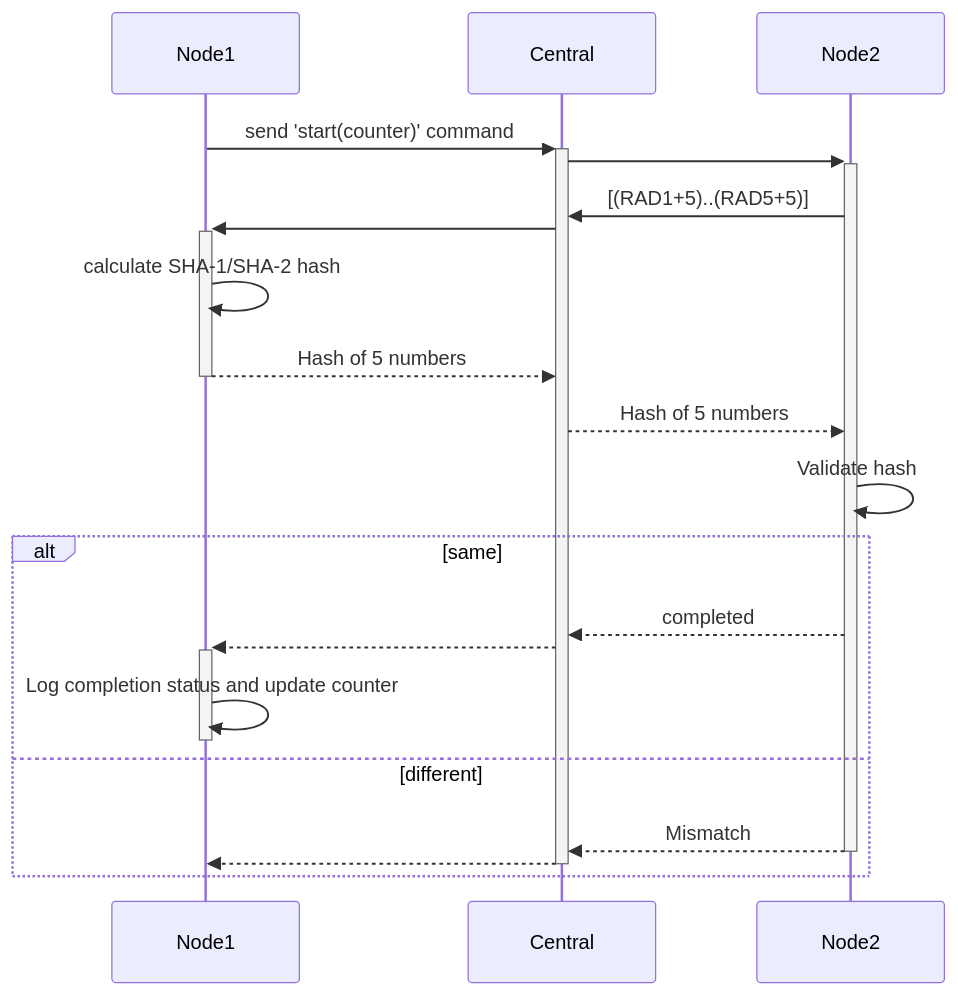
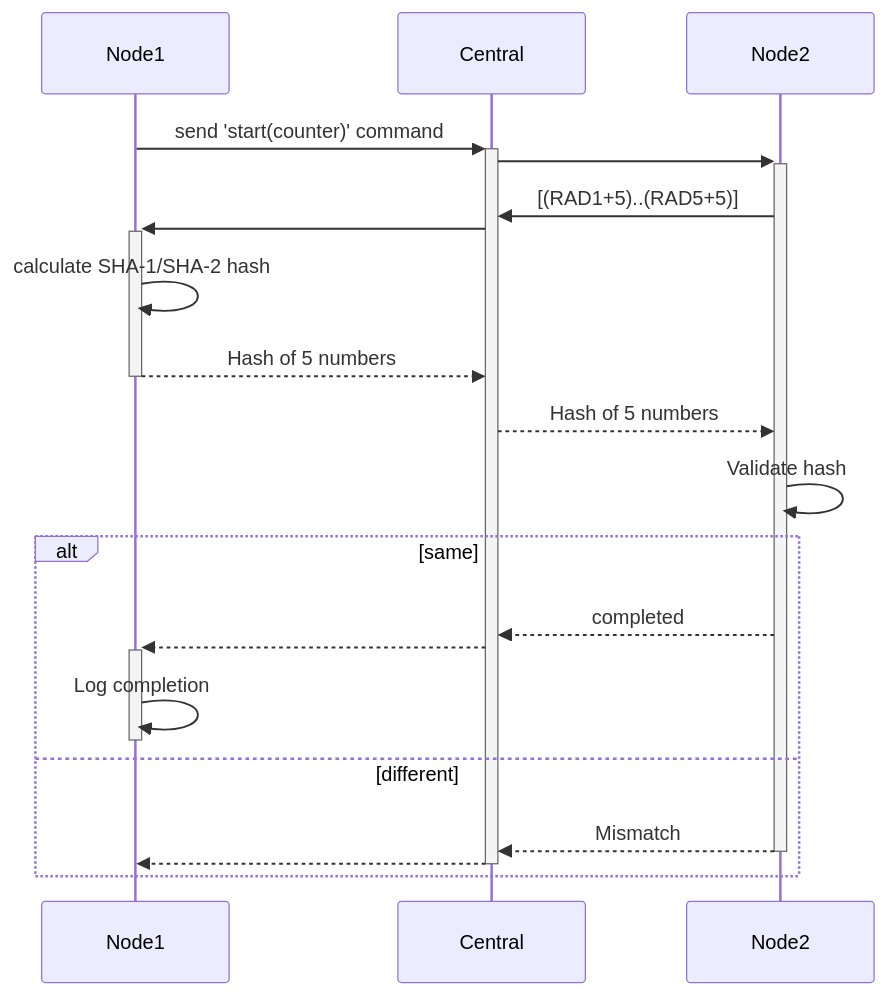
One commit to ABabhulkar/nRF_samples changed the diagram in doc/nrf_tasks/tasks/[NRF-6] Simple application with OTA.md. Above: the diagram before and after it, drawn with Mermaid. The commit also changed 10 other files, not shown here.

````diff
--- a/doc/nrf_tasks/tasks/[NRF-6] Simple application with OTA.md
+++ b/doc/nrf_tasks/tasks/[NRF-6] Simple application with OTA.md
@@ -21,19 +21,19 @@
 ```mermaid
 sequenceDiagram
     Node1->>+Central: send 'start(counter)' command
     Central->>+Node2: 
     Node2->>Central: [(RAD1+5)..(RAD5+5)]
     Central->>+Node1: 
     Node1->>Node1: calculate SHA-1/SHA-2 hash
     Node1-->>-Central: Hash of 5 numbers
     Central-->>Node2: Hash of 5 numbers
     Node2->>Node2: Validate hash
     alt same
         Node2-->>Central: completed
         Central-->>+Node1: 
-        Node1->>-Node1: Log completion status and update counter
+        Node1->>-Node1: Log completion
     else different
         Node2-->>-Central: Mismatch
         Central-->>-Node1: 
     end
 ```
````
